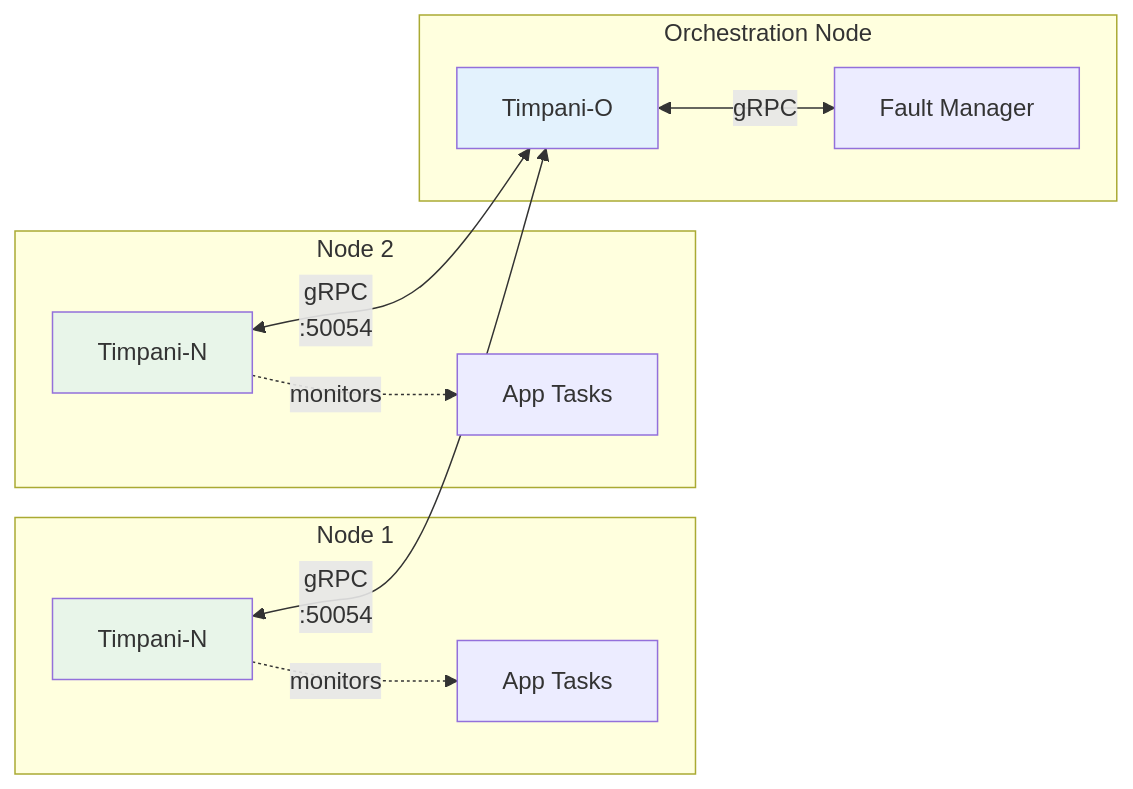
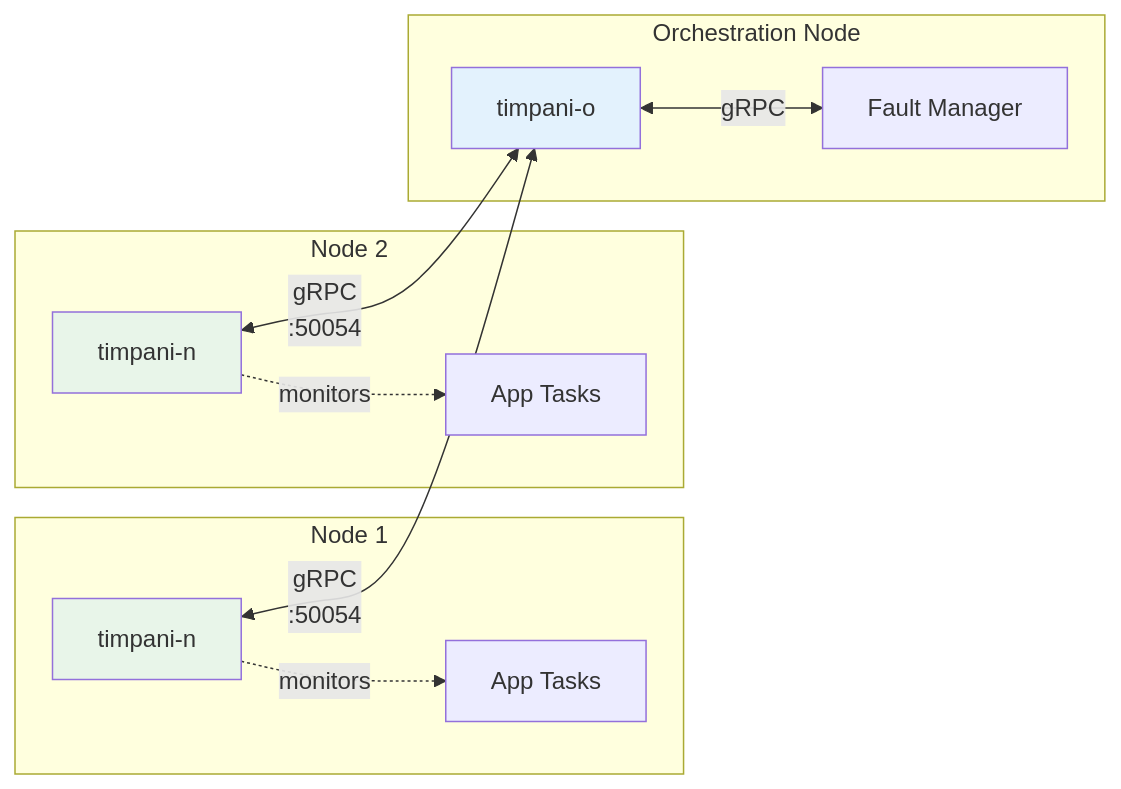
The third of 3 diagrams in doc/architecture/timpani_architecture.md (akshaylg0314/timpani-akshay), drawn with Mermaid before and after one commit. The commit also changed other lines of this file and 4 other files, not shown here.

Commit message:
docs: update documentation to standardize phases to steps in development and migration roadmaps

````diff
--- a/doc/architecture/timpani_architecture.md
+++ b/doc/architecture/timpani_architecture.md
@@ -165,27 +165,27 @@
 ```mermaid
 graph LR
     subgraph "Node 1"
-        N1[Timpani-N]
+        N1[timpani-n]
         A1[App Tasks]
         N1 -.->|monitors| A1
     end
 
     subgraph "Node 2"
-        N2[Timpani-N]
+        N2[timpani-n]
         A2[App Tasks]
         N2 -.->|monitors| A2
     end
 
     subgraph "Orchestration Node"
-        TO[Timpani-O]
+        TO[timpani-o]
         FM[Fault Manager]
     end
 
     N1 <-->|gRPC<br/>:50054| TO
     N2 <-->|gRPC<br/>:50054| TO
     TO <-->|gRPC| FM
 
     style TO fill:#e3f2fd
     style N1 fill:#e8f5e9
     style N2 fill:#e8f5e9
 ```
````
